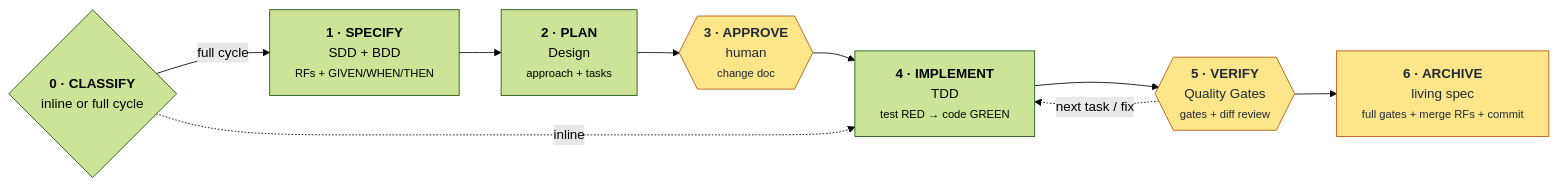
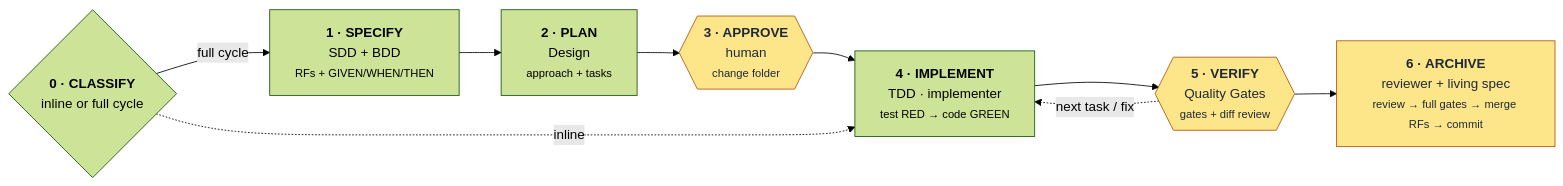
The diagram in readme.md (stevenhdz/spec-driven-development), drawn with Mermaid (forest theme) before and after one commit. The commit also changed other lines of this file and 19 other files, not shown here.

Commit message:
feat: change folders, implementer/reviewer agents, gates script and senior-quality rules

````diff
--- a/readme.md
+++ b/readme.md
@@ -82,17 +90,17 @@
 ```mermaid
 flowchart LR
     C{"<b>0 · CLASSIFY</b><br/>inline or full cycle"}
     S["<b>1 · SPECIFY</b><br/>SDD + BDD<br/><small>RFs + GIVEN/WHEN/THEN</small>"]
     P["<b>2 · PLAN</b><br/>Design<br/><small>approach + tasks</small>"]
-    A{{"<b>3 · APPROVE</b><br/>human<br/><small>change doc</small>"}}
-    I["<b>4 · IMPLEMENT</b><br/>TDD<br/><small>test RED → code GREEN</small>"]
+    A{{"<b>3 · APPROVE</b><br/>human<br/><small>change folder</small>"}}
+    I["<b>4 · IMPLEMENT</b><br/>TDD · implementer<br/><small>test RED → code GREEN</small>"]
     V{{"<b>5 · VERIFY</b><br/>Quality Gates<br/><small>gates + diff review</small>"}}
-    R["<b>6 · ARCHIVE</b><br/>living spec<br/><small>full gates + merge RFs + commit</small>"]
+    R["<b>6 · ARCHIVE</b><br/>reviewer + living spec<br/><small>review → full gates → merge RFs → commit</small>"]
 
     C -->|full cycle| S --> P --> A --> I --> V --> R
     C -. inline .-> I
     V -. next task / fix .-> I
 
     classDef human fill:#fde68a,stroke:#b45309,color:#1f2937
     class A,V,R human
 ```
````
